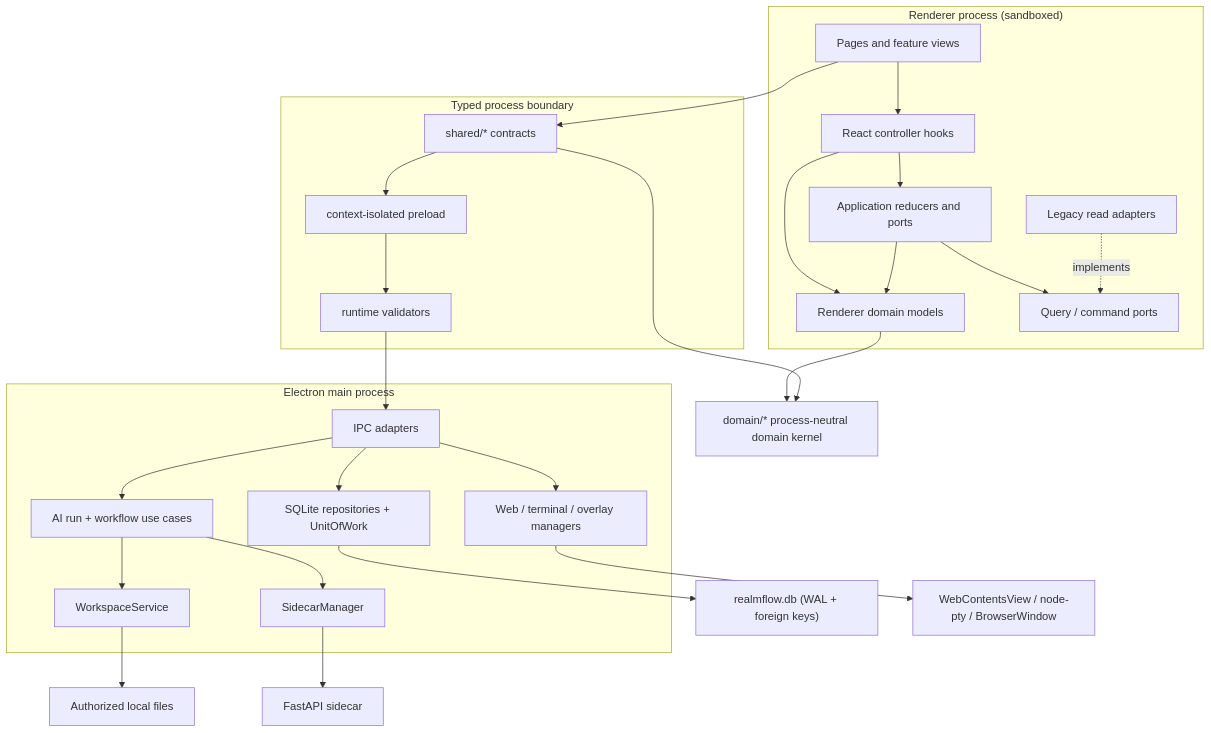
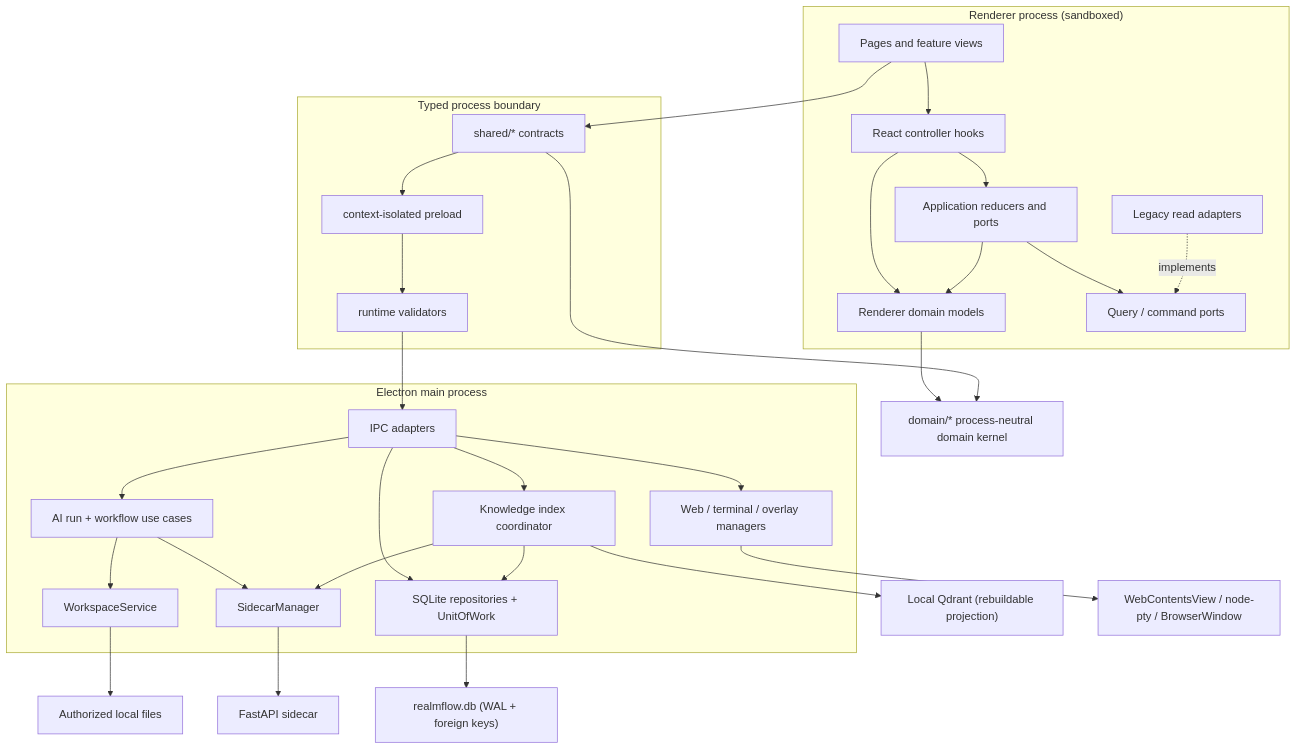
Before and after one commit to Qbian61/realmflow: the diagram in docs/architecture.md, drawn with Mermaid. The commit also changed other lines of this file and 1494 other files, not shown here.

````diff
--- a/docs/architecture.md
+++ b/docs/architecture.md
@@ -5,50 +5,55 @@
 ```mermaid
 flowchart TB
   Kernel["domain/* process-neutral domain kernel"]
 
   subgraph Renderer["Renderer process (sandboxed)"]
     View["Pages and feature views"]
     Hooks["React controller hooks"]
     App["Application reducers and ports"]
     Domain["Renderer domain models"]
     Ports["Query / command ports"]
     Storage["Legacy read adapters"]
     View --> Hooks
     Hooks --> App
     Hooks --> Domain
     App --> Domain
     App --> Ports
     Storage -. implements .-> Ports
   end
 
   subgraph Bridge["Typed process boundary"]
     Contracts["shared/* contracts"]
     Preload["context-isolated preload"]
     Validators["runtime validators"]
     Contracts --> Preload
     Preload --> Validators
   end
 
   subgraph Main["Electron main process"]
     IPC["IPC adapters"]
     AiRuns["AI run + workflow use cases"]
     Persistence["SQLite repositories + UnitOfWork"]
+    Knowledge["Knowledge index coordinator"]
     Workspace["WorkspaceService"]
     Workbench["Web / terminal / overlay managers"]
     SidecarManager["SidecarManager"]
     IPC --> AiRuns
     AiRuns --> Workspace
     AiRuns --> SidecarManager
     IPC --> Persistence
+    IPC --> Knowledge
+    Knowledge --> Persistence
+    Knowledge --> SidecarManager
     IPC --> Workbench
   end
 
   Domain --> Kernel
   Contracts --> Kernel
   View --> Contracts
   Validators --> IPC
   Persistence --> SQLite["realmflow.db (WAL + foreign keys)"]
+  Knowledge --> Qdrant["Local Qdrant (rebuildable projection)"]
   Workspace --> FS["Authorized local files"]
   Workbench --> Native["WebContentsView / node-pty / BrowserWindow"]
   SidecarManager --> Sidecar["FastAPI sidecar"]
 ```
````
